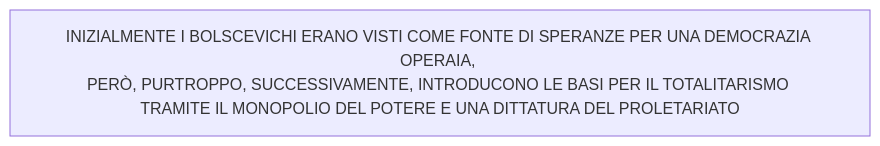
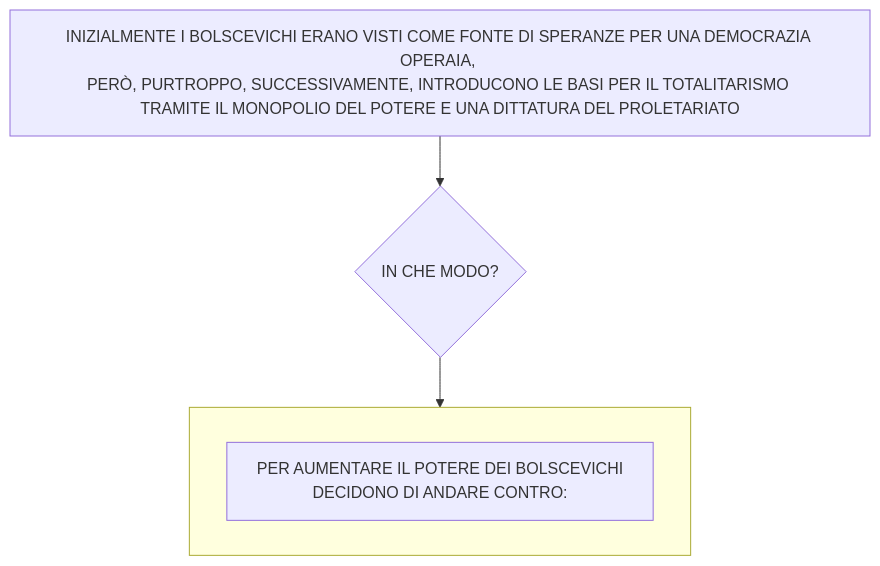
One commit to Laaouatni/ricerca-storia-MermaidJS changed diagram 14 of 14 in stalinismoRiscrittura.md. Above: the diagram before and after it, drawn with Mermaid.

````diff
--- a/stalinismoRiscrittura.md
+++ b/stalinismoRiscrittura.md
@@ -277,5 +277,11 @@
 ```mermaid
 %%{init: { "flowchart": { "wrappingWidth": 800 } }}%%
 flowchart TB
   0[INIZIALMENTE I BOLSCEVICHI ERANO VISTI COME FONTE DI SPERANZE PER UNA DEMOCRAZIA OPERAIA, <br>PERÒ, PURTROPPO, SUCCESSIVAMENTE, INTRODUCONO LE BASI PER IL TOTALITARISMO <br>TRAMITE IL MONOPOLIO DEL POTERE E UNA DITTATURA DEL PROLETARIATO]
+  1{IN CHE MODO?}
+  0 --> 1 --> 2
+  subgraph 2[" "]
+    20[PER AUMENTARE IL POTERE DEI BOLSCEVICHI<BR>DECIDONO DI ANDARE CONTRO:]
+    
+  end
 ```
````
